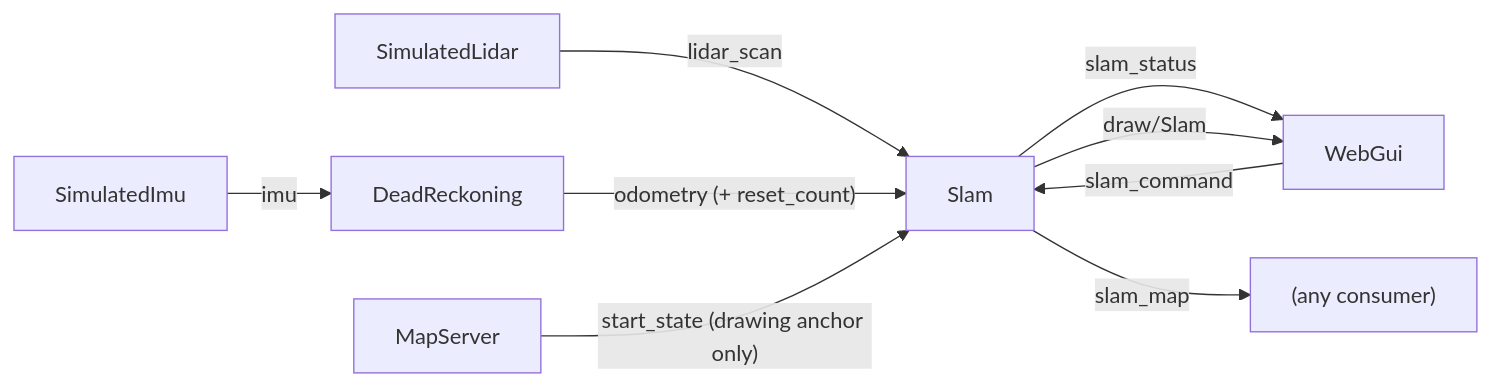
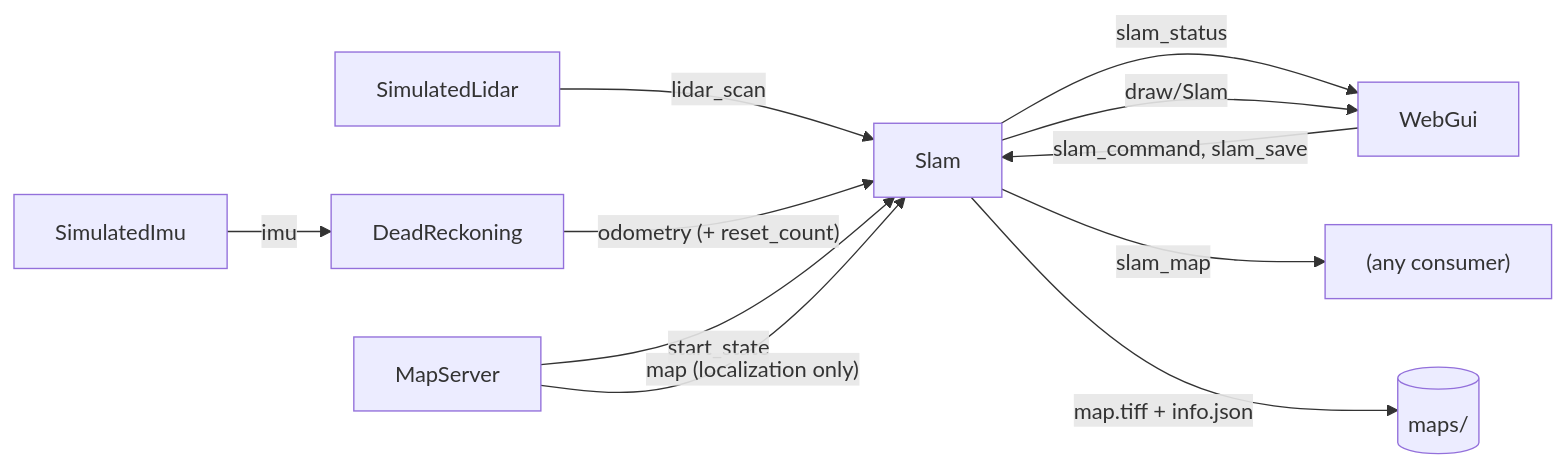
One commit to Noce99/AuRoRus changed the diagram in documentation/slam.md. Above: the diagram before and after it, drawn with Mermaid. The commit also changed other lines of this file and 27 other files, not shown here.

````diff
--- a/documentation/slam.md
+++ b/documentation/slam.md
@@ -24,11 +25,13 @@
 ```mermaid
 flowchart LR
     L["SimulatedLidar"] -- "lidar_scan" --> S["Slam"]
     I["SimulatedImu"] -- "imu" --> D["DeadReckoning"]
     D -- "odometry (+ reset_count)" --> S
-    W["WebGui"] -- "slam_command" --> S
+    W["WebGui"] -- "slam_command, slam_save" --> S
     S -- "slam_status" --> W
     S -- "slam_map" --> X["(any consumer)"]
     S -- "draw/Slam" --> W
-    M["MapServer"] -- "start_state (drawing anchor only)" --> S
+    M["MapServer"] -- "start_state" --> S
+    M -- "map (localization only)" --> S
+    S -- "map.tiff + info.json" --> F[("maps/")]
 ```
````
